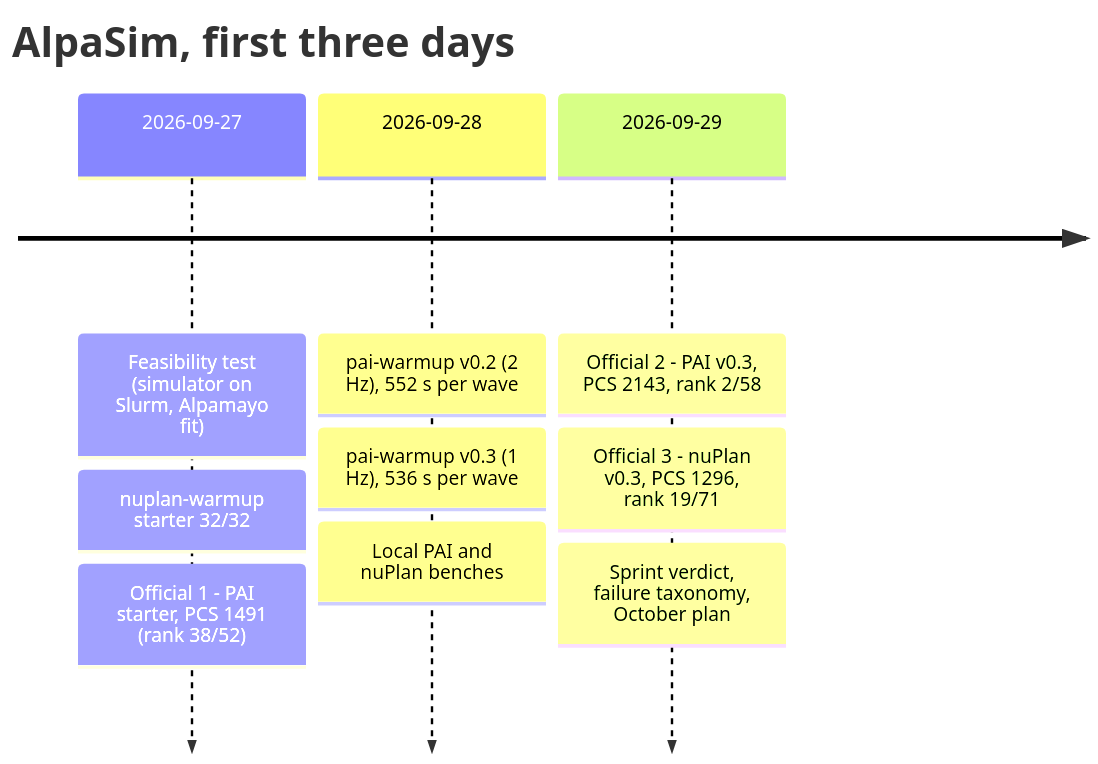
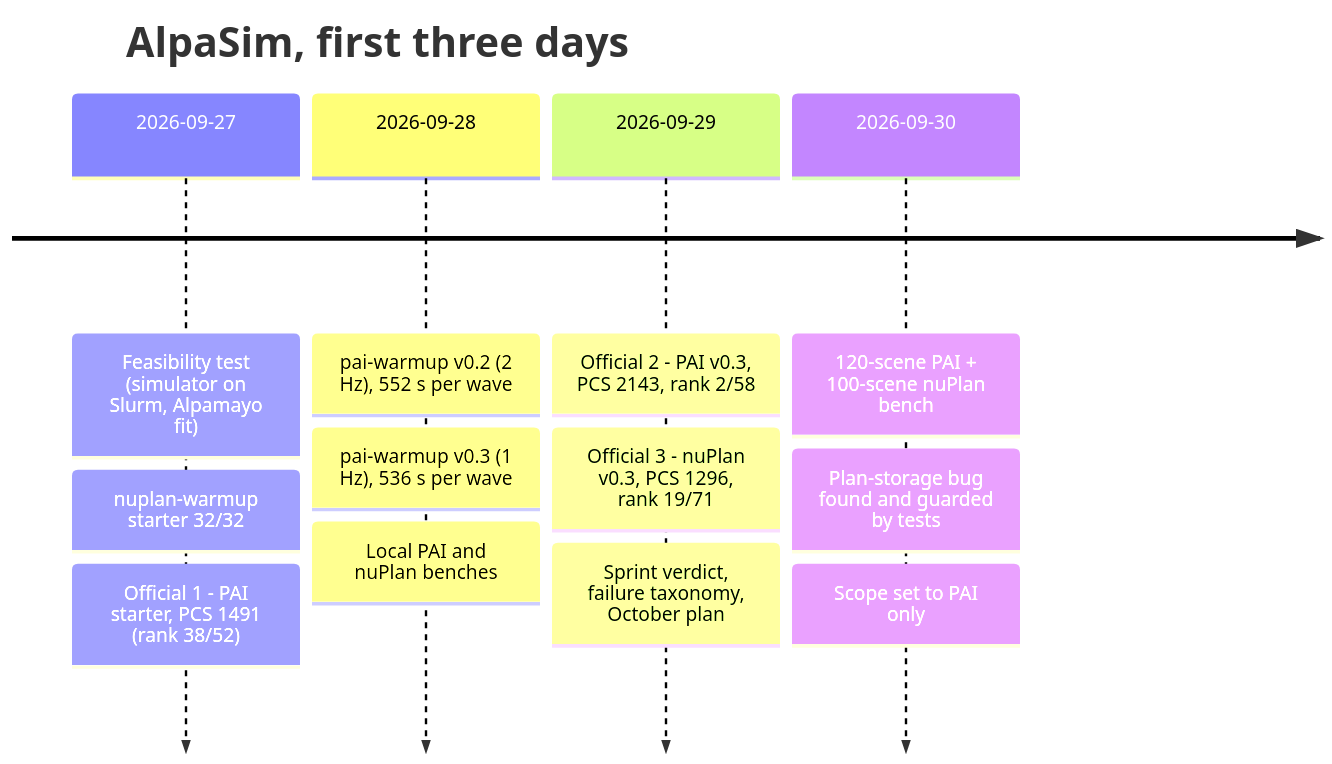
One commit to amanupg/alpasim-challenge-2026 changed the seventh of 7 diagrams in README.md. Above: the diagram before and after it, drawn with Mermaid. The commit also changed other lines of this file and 2 other files, not shown here.

Commit message:
Scope: PAI track only (nuPlan moved to the JEPA thread); PLAN and README updated; nuPlan scratch logs cleaned

````diff
--- a/README.md
+++ b/README.md
@@ -218,7 +220,8 @@
 ```mermaid
 timeline
   title AlpaSim, first three days
   2026-09-27 : Feasibility test (simulator on Slurm, Alpamayo fit) : nuplan-warmup starter 32/32 : Official 1 - PAI starter, PCS 1491 (rank 38/52)
   2026-09-28 : pai-warmup v0.2 (2 Hz), 552 s per wave : pai-warmup v0.3 (1 Hz), 536 s per wave : Local PAI and nuPlan benches
   2026-09-29 : Official 2 - PAI v0.3, PCS 2143, rank 2/58 : Official 3 - nuPlan v0.3, PCS 1296, rank 19/71 : Sprint verdict, failure taxonomy, October plan
+  2026-09-30 : 120-scene PAI + 100-scene nuPlan bench : Plan-storage bug found and guarded by tests : Scope set to PAI only
 ```
````
